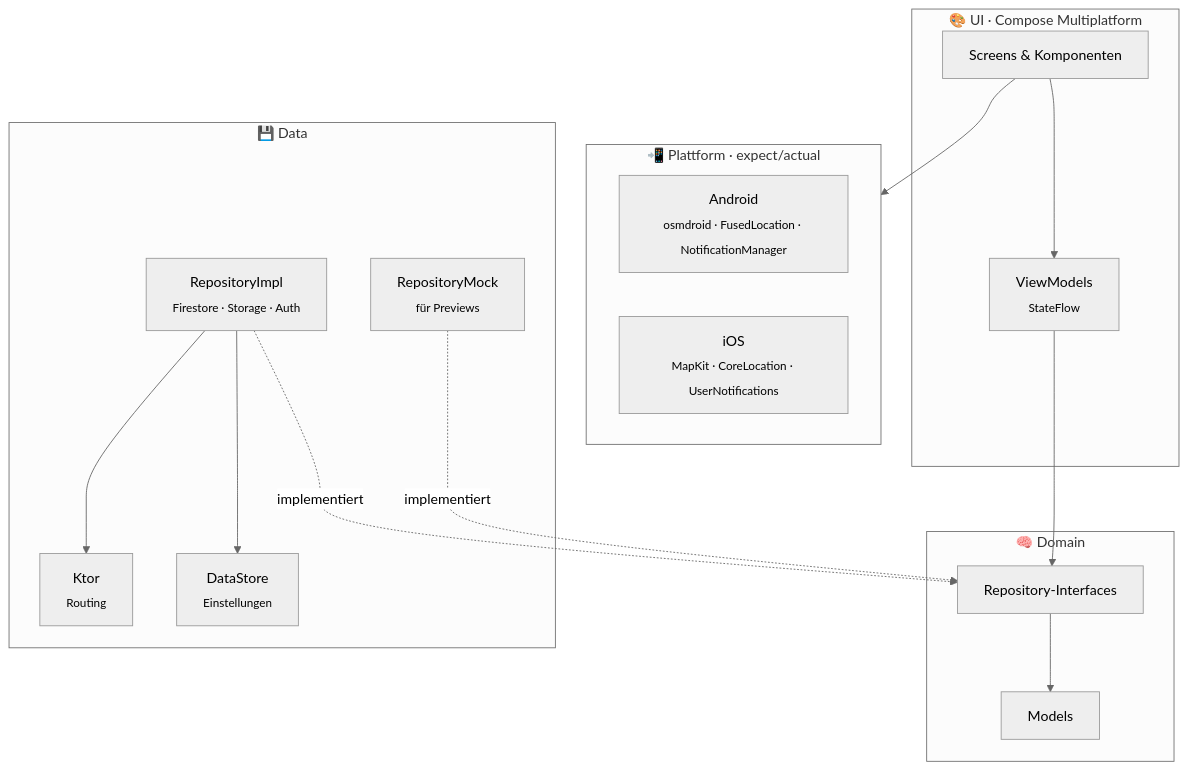
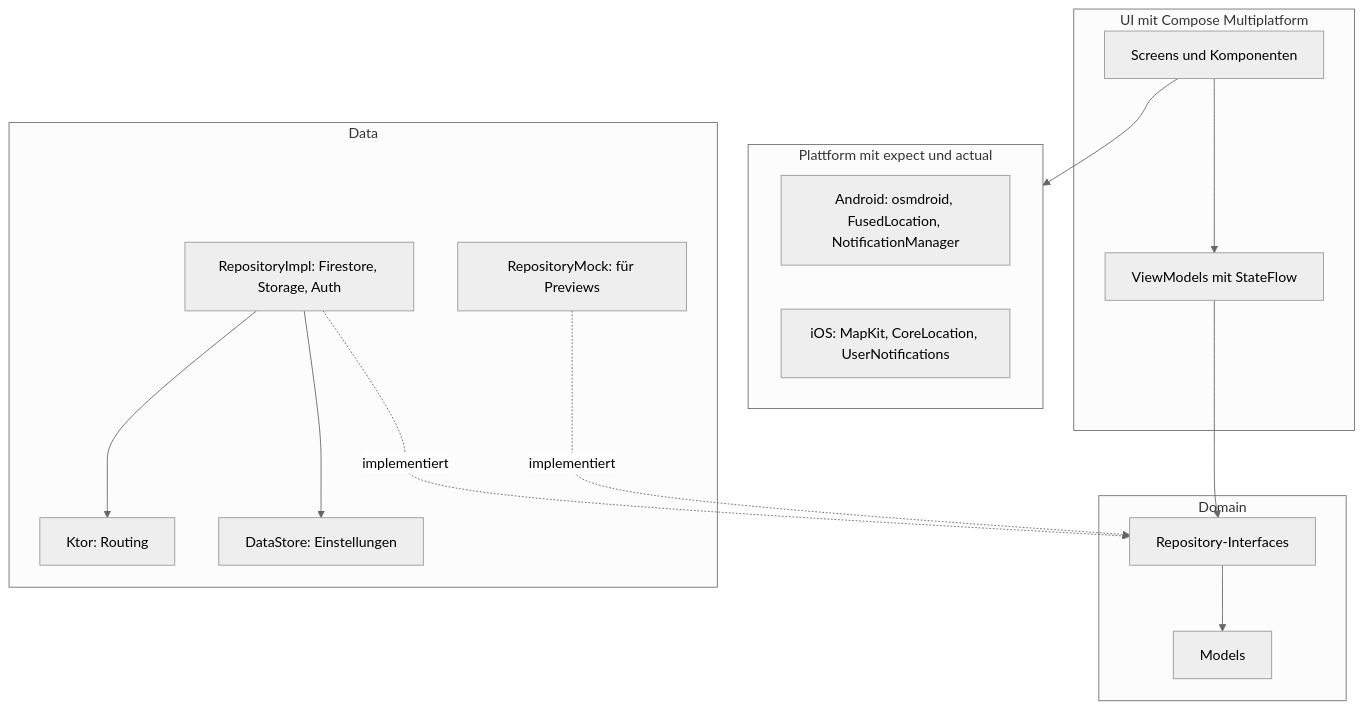
The third of 3 diagrams in README.md (Ali-C313/CareConnect_KMP), drawn with Mermaid (neutral theme) before and after one commit. The commit also changed other lines of this file, not shown here.

Commit message:
README-Diagramme und Tabellen für Android Studio korrigiert

````diff
--- a/README.md
+++ b/README.md
@@ -199,28 +151,29 @@
 ```mermaid
 flowchart TB
-    subgraph UI["🎨 UI · Compose Multiplatform"]
-        S[Screens & Komponenten]
-        VM[ViewModels<br/><sub>StateFlow</sub>]
+    subgraph UI["UI mit Compose Multiplatform"]
+        S["Screens und Komponenten"]
+        VM["ViewModels mit StateFlow"]
     end
-    subgraph Domain["🧠 Domain"]
-        R[Repository-Interfaces]
-        MO[Models]
+    subgraph Domain["Domain"]
+        R["Repository-Interfaces"]
+        MO["Models"]
     end
-    subgraph Data["💾 Data"]
-        RI[RepositoryImpl<br/><sub>Firestore · Storage · Auth</sub>]
-        DS[DataStore<br/><sub>Einstellungen</sub>]
-        API[Ktor<br/><sub>Routing</sub>]
-        MK[RepositoryMock<br/><sub>für Previews</sub>]
+    subgraph Data["Data"]
+        RI["RepositoryImpl: Firestore, Storage, Auth"]
+        DS["DataStore: Einstellungen"]
+        API["Ktor: Routing"]
+        MK["RepositoryMock: für Previews"]
     end
-    subgraph Platform["📲 Plattform · expect/actual"]
-        AND[Android<br/><sub>osmdroid · FusedLocation · NotificationManager</sub>]
-        IOS[iOS<br/><sub>MapKit · CoreLocation · UserNotifications</sub>]
+    subgraph Platform["Plattform mit expect und actual"]
+        AND["Android: osmdroid, FusedLocation, NotificationManager"]
+        IOS["iOS: MapKit, CoreLocation, UserNotifications"]
     end
 
     S --> VM --> R
     R --> MO
     RI -. implementiert .-> R
     MK -. implementiert .-> R
-    RI --> DS & API
+    RI --> DS
+    RI --> API
     S --> Platform
 ```
````
